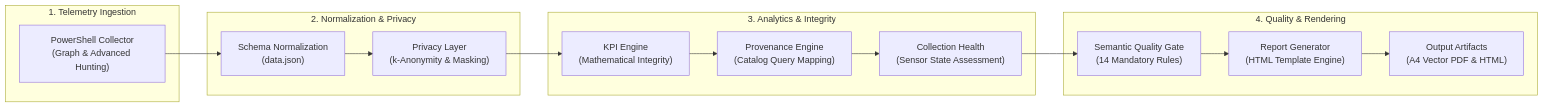
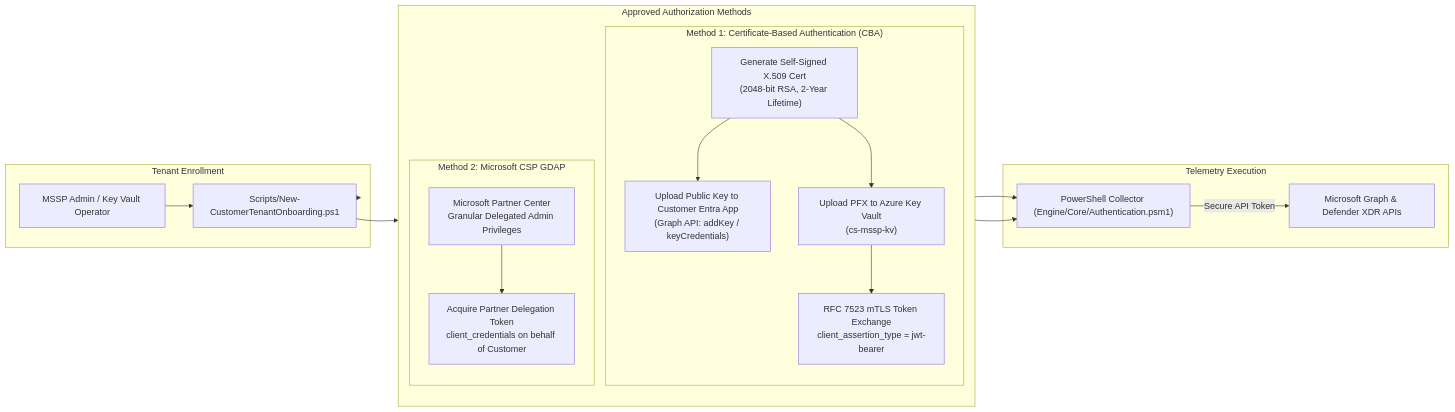
Before and after one commit to canercetinkaya/cloudshield-mssp-portal: the third of 5 diagrams in ARCHITECTURE.md, drawn with Mermaid. The commit also changed other lines of this file and 20 other files, not shown here.

Commit message:
refactor(repo): enterprise directory restructuring, clean root layout, updated architecture & modern diagrams

````diff
--- a/ARCHITECTURE.md
+++ b/ARCHITECTURE.md
@@ -34,32 +182,37 @@
 ```mermaid
 flowchart LR
-    subgraph Stage1 ["1. Telemetry Ingestion"]
-        Collector["PowerShell Collector<br/>(Graph & Advanced Hunting)"]
+    subgraph Enrollment ["Tenant Enrollment"]
+        Admin["MSSP Admin / Key Vault Operator"]
+        Script["Scripts/New-CustomerTenantOnboarding.ps1"]
     end
 
-    subgraph Stage2 ["2. Normalization & Privacy"]
-        Normalization["Schema Normalization<br/>(data.json)"]
-        PrivacyLayer["Privacy Layer<br/>(k-Anonymity & Masking)"]
+    subgraph AuthMethods ["Approved Authorization Methods"]
+        direction TB
+        subgraph MethodCBA ["Method 1: Certificate-Based Authentication (CBA)"]
+            CertGen["Generate Self-Signed X.509 Cert<br/>(2048-bit RSA, 2-Year Lifetime)"]
+            GraphKey["Upload Public Key to Customer Entra App<br/>(Graph API: addKey / keyCredentials)"]
+            KVSecret["Upload PFX to Azure Key Vault<br/>(cs-mssp-kv)"]
+            CBARuntime["RFC 7523 mTLS Token Exchange<br/>client_assertion_type = jwt-bearer"]
+            CertGen --> GraphKey
+            CertGen --> KVSecret
+            KVSecret --> CBARuntime
+        end
+
+        subgraph MethodGDAP ["Method 2: Microsoft CSP GDAP"]
+            PartnerCenter["Microsoft Partner Center<br/>Granular Delegated Admin Privileges"]
+            PartnerToken["Acquire Partner Delegation Token<br/>client_credentials on behalf of Customer"]
+            PartnerCenter --> PartnerToken
+        end
     end
 
-    subgraph Stage3 ["3. Analytics & Integrity"]
-        KpiEngine["KPI Engine<br/>(Mathematical Integrity)"]
-        ProvenanceEngine["Provenance Engine<br/>(Catalog Query Mapping)"]
-        CollectionHealth["Collection Health<br/>(Sensor State Assessment)"]
+    subgraph Execution ["Telemetry Execution"]
+        Collector["PowerShell Collector (Engine/Core/Authentication.psm1)"]
+        MSAPI["Microsoft Graph & Defender XDR APIs"]
     end
 
-    subgraph Stage4 ["4. Quality & Rendering"]
-        QualityGate["Semantic Quality Gate<br/>(14 Mandatory Rules)"]
-        ReportGenerator["Report Generator<br/>(HTML Template Engine)"]
-        Artifacts["Output Artifacts<br/>(A4 Vector PDF & HTML)"]
-    end
-
-    Collector --> Normalization
-    Normalization --> PrivacyLayer
-    PrivacyLayer --> KpiEngine
-    KpiEngine --> ProvenanceEngine
-    ProvenanceEngine --> CollectionHealth
-    CollectionHealth --> QualityGate
-    QualityGate --> ReportGenerator
-    ReportGenerator --> Artifacts
+    Admin --> Script
+    Script --> MethodCBA & MethodGDAP
+    CBARuntime --> Collector
+    PartnerToken --> Collector
+    Collector -->|Secure API Token| MSAPI
 ```
````
